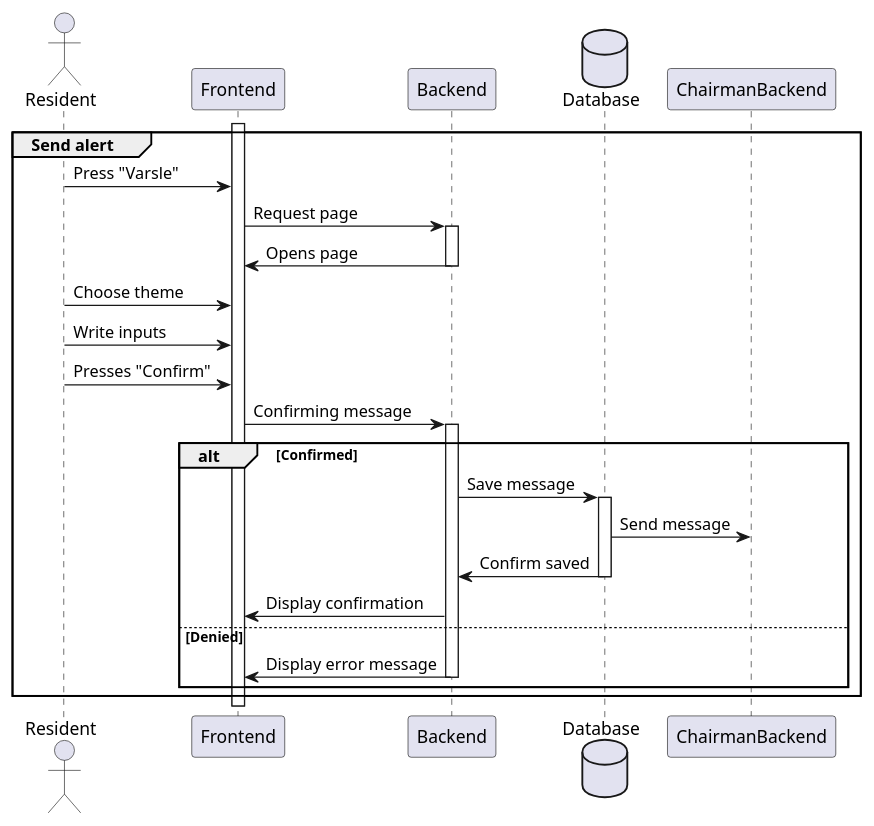
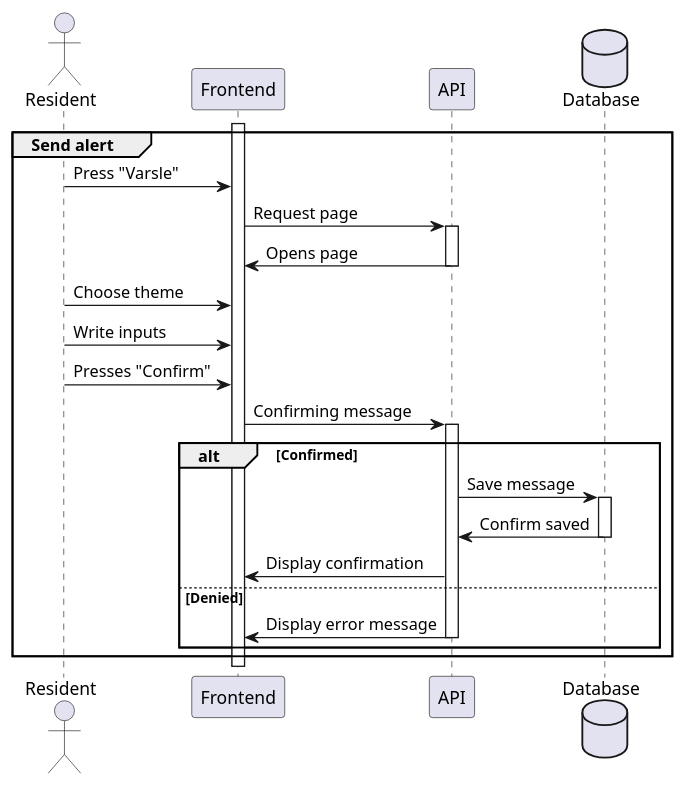
The diagram in Sequence-mobile-Resident-Varsle.plantuml (Brannersrud/Nabovarsel_UML), drawn with PlantUML before and after one commit. The commit also changed 22 other files, not shown here.

Commit message:
GANTT-diagram

```diff
--- a/Sequence-mobile-Resident-Varsle.plantuml
+++ b/Sequence-mobile-Resident-Varsle.plantuml
@@ -1,36 +1,34 @@
 @startuml Resident send notification
 actor Resident
 participant Frontend
-participant Backend
+participant API
 database Database
-participant ChairmanBackend
 
 
 group Send alert
 activate Frontend
     Resident -> Frontend : Press "Varsle"
-    Frontend -> Backend : Request page
-    activate Backend
-    Backend -> Frontend : Opens page
-    deactivate Backend
+    Frontend -> API : Request page
+    activate API
+    API -> Frontend : Opens page
+    deactivate API
     Resident -> Frontend : Choose theme
     Resident -> Frontend : Write inputs
     Resident -> Frontend : Presses "Confirm"
 
-    Frontend -> Backend : Confirming message
-    activate Backend
+    Frontend -> API : Confirming message
+    activate API
         alt Confirmed
-        Backend -> Database : Save message
+        API -> Database : Save message
         activate Database
-        Database -> ChairmanBackend : Send message
-        Database -> Backend : Confirm saved
+        Database -> API : Confirm saved
         deactivate Database
-        Backend -> Frontend : Display confirmation
+        API -> Frontend : Display confirmation
         else Denied 
-        Backend -> Frontend : Display error message
-        deactivate Backend
+        API -> Frontend : Display error message
+        deactivate API
         end
 end
 
 
 @enduml
```
